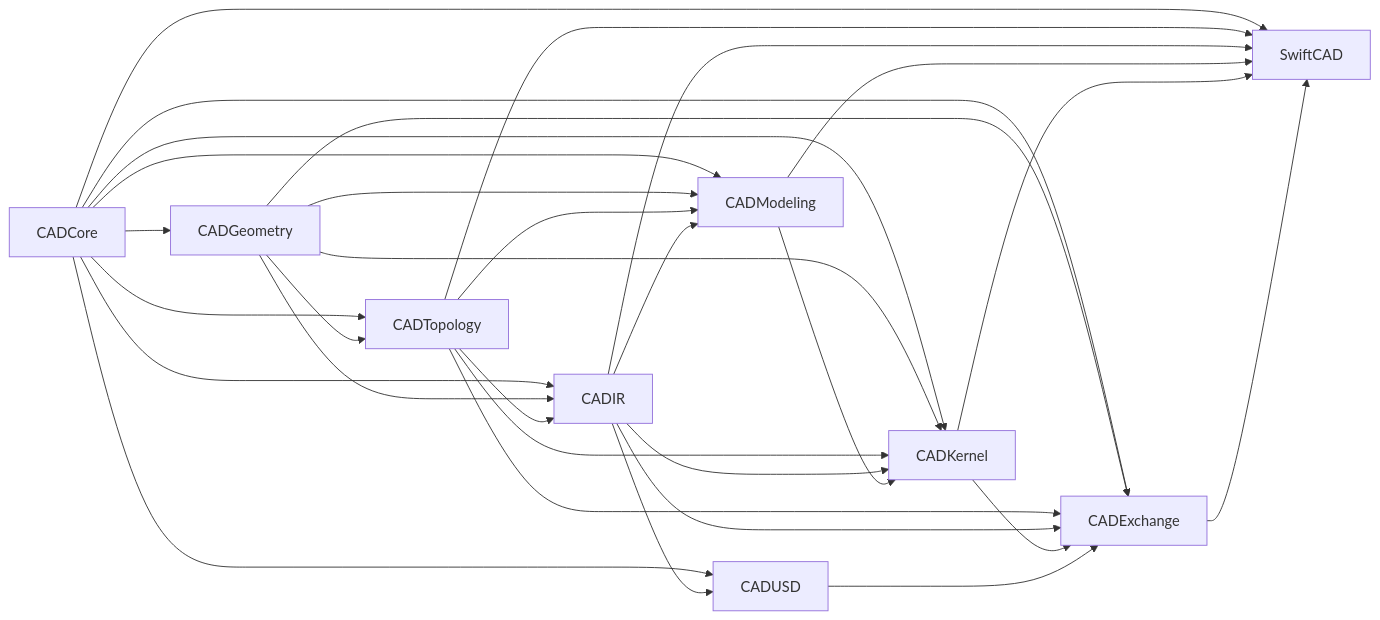
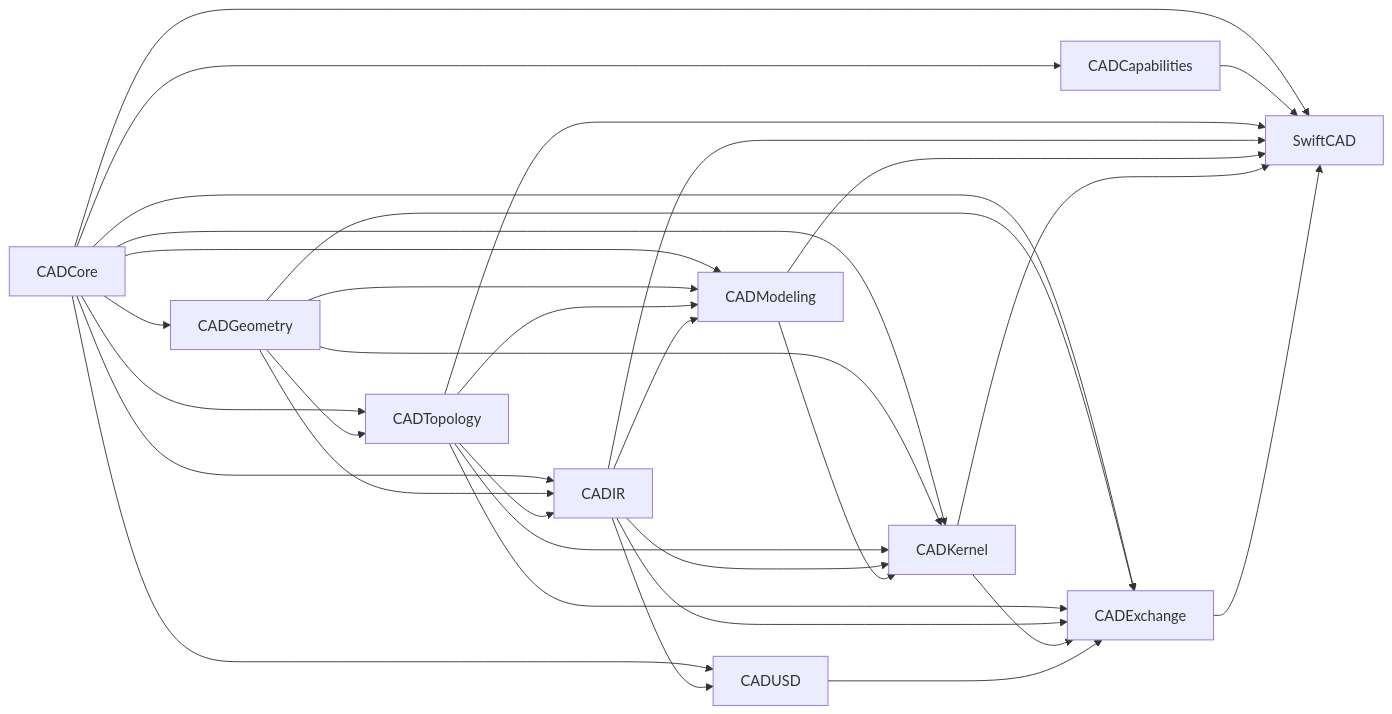
Before and after one commit to 1amageek/swift-CAD: the second of 4 diagrams in README.md, drawn with Mermaid. The commit also changed other lines of this file and 111 other files, not shown here.

Commit message:
Advance exact CAD intersection architecture

````diff
--- a/README.md
+++ b/README.md
@@ -41,32 +41,34 @@
 ```mermaid
 flowchart LR
     CADCore --> CADGeometry["CADGeometry"]
+    CADCore --> CADCapabilities["CADCapabilities"]
     CADCore --> CADTopology["CADTopology"]
     CADGeometry --> CADTopology
     CADCore --> CADIR["CADIR"]
     CADGeometry --> CADIR
     CADTopology --> CADIR
     CADCore --> CADModeling["CADModeling"]
     CADGeometry --> CADModeling
     CADTopology --> CADModeling
     CADIR --> CADModeling
     CADCore --> CADKernel["CADKernel"]
     CADGeometry --> CADKernel
     CADTopology --> CADKernel
     CADIR --> CADKernel
     CADModeling --> CADKernel
     CADCore --> CADUSD["CADUSD"]
     CADIR --> CADUSD
     CADCore --> CADExchange["CADExchange"]
     CADGeometry --> CADExchange
     CADTopology --> CADExchange
     CADIR --> CADExchange
     CADKernel --> CADExchange
     CADUSD --> CADExchange
     CADCore --> SwiftCAD["SwiftCAD"]
+    CADCapabilities --> SwiftCAD
     CADTopology --> SwiftCAD
     CADIR --> SwiftCAD
     CADModeling --> SwiftCAD
     CADKernel --> SwiftCAD
     CADExchange --> SwiftCAD
 ```
````
